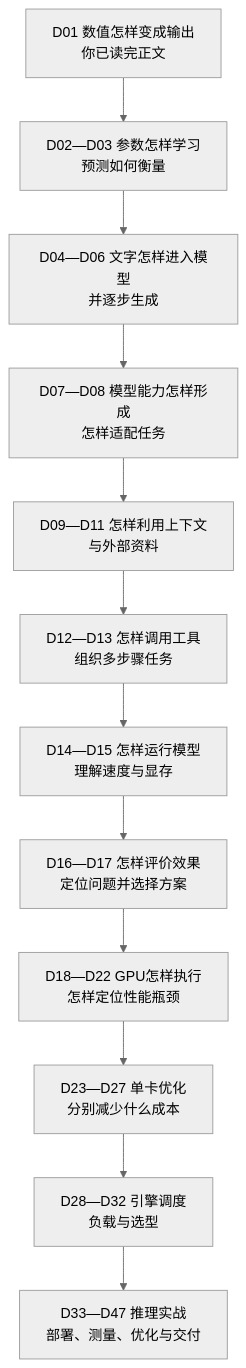
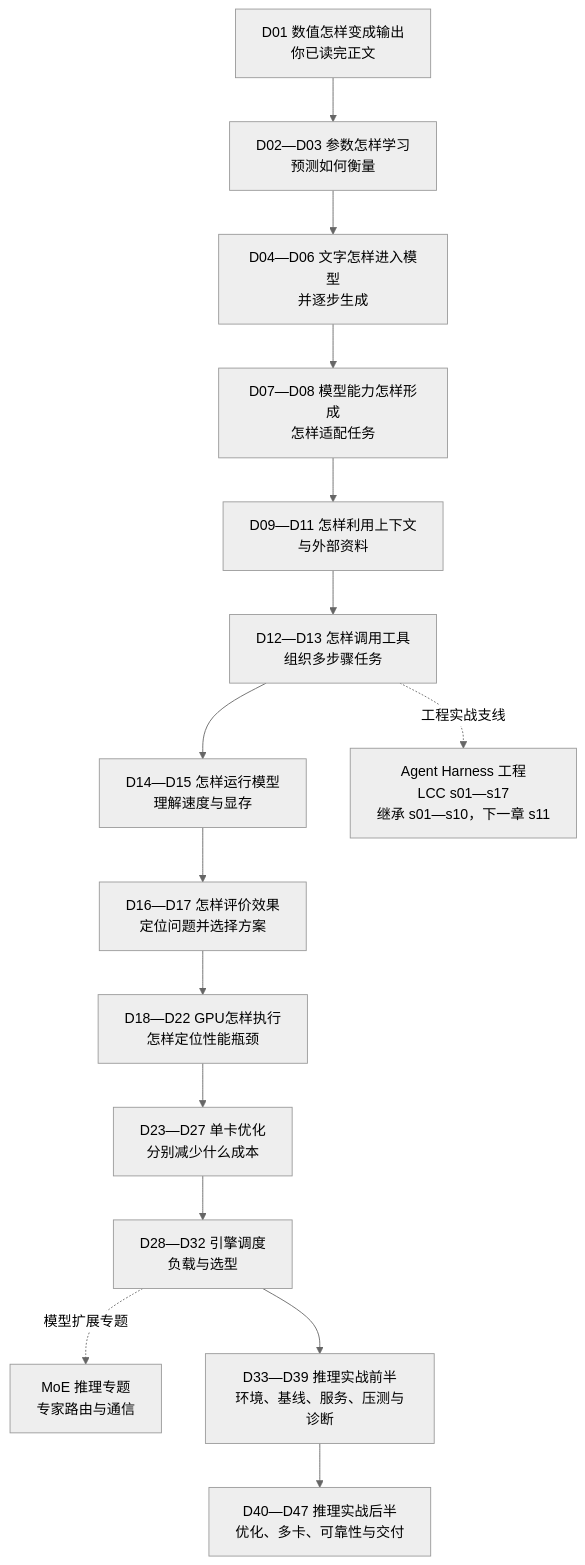
One commit to NealChristmas/LLM changed the second of 3 diagrams in knowledge-map.md. Above: the diagram before and after it, drawn with Mermaid (neutral theme). The commit also changed other lines of this file and 201 other files, not shown here.

````diff
--- a/knowledge-map.md
+++ b/knowledge-map.md
@@ -34,16 +35,21 @@
 ```mermaid
 flowchart TB
     a["D01 数值怎样变成输出<br/>你已读完正文"]
     b["D02—D03 参数怎样学习<br/>预测如何衡量"]
     c["D04—D06 文字怎样进入模型<br/>并逐步生成"]
     d["D07—D08 模型能力怎样形成<br/>怎样适配任务"]
     e["D09—D11 怎样利用上下文<br/>与外部资料"]
     f["D12—D13 怎样调用工具<br/>组织多步骤任务"]
     g["D14—D15 怎样运行模型<br/>理解速度与显存"]
     h["D16—D17 怎样评价效果<br/>定位问题并选择方案"]
     i["D18—D22 GPU怎样执行<br/>怎样定位性能瓶颈"]
     j["D23—D27 单卡优化<br/>分别减少什么成本"]
     k["D28—D32 引擎调度<br/>负载与选型"]
-    l["D33—D47 推理实战<br/>部署、测量、优化与交付"]
-    a --> b --> c --> d --> e --> f --> g --> h --> i --> j --> k --> l
+    moe["MoE 推理专题<br/>专家路由与通信"]
+    lcc["Agent Harness 工程<br/>LCC s01—s17<br/>继承 s01—s10，下一章 s11"]
+    infer1["D33—D39 推理实战前半<br/>环境、基线、服务、压测与诊断"]
+    infer2["D40—D47 推理实战后半<br/>优化、多卡、可靠性与交付"]
+    a --> b --> c --> d --> e --> f --> g --> h --> i --> j --> k --> infer1 --> infer2
+    k -.->|模型扩展专题| moe
+    f -.->|工程实战支线| lcc
 ```
````
